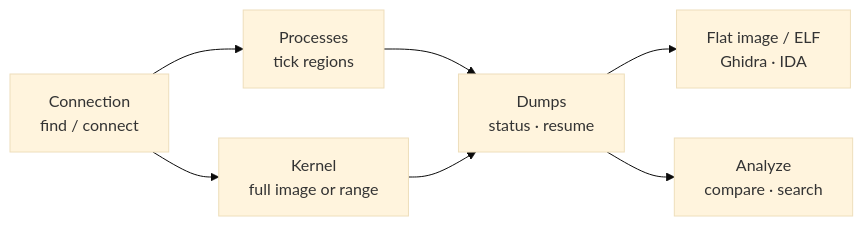
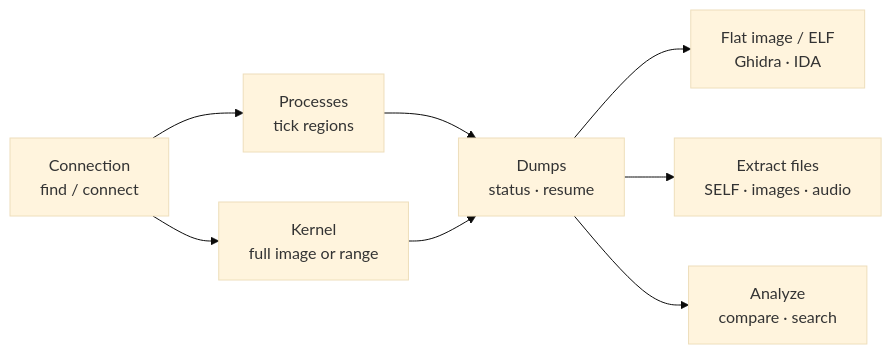
Before and after one commit to ramalhoboss/ps5-memory-dumper: the first of 3 diagrams in README.md, drawn with Mermaid (base theme). The commit also changed other lines of this file and 8 other files, not shown here.

````diff
--- a/README.md
+++ b/README.md
@@ -117,9 +118,10 @@
 ```mermaid
 flowchart LR
     A["Connection<br/>find / connect"] --> B["Processes<br/>tick regions"]
     A --> K["Kernel<br/>full image or range"]
     B --> D["Dumps<br/>status · resume"]
     K --> D
     D --> E["Flat image / ELF<br/>Ghidra · IDA"]
+    D --> X["Extract files<br/>SELF · images · audio"]
     D --> F["Analyze<br/>compare · search"]
 ```
````
